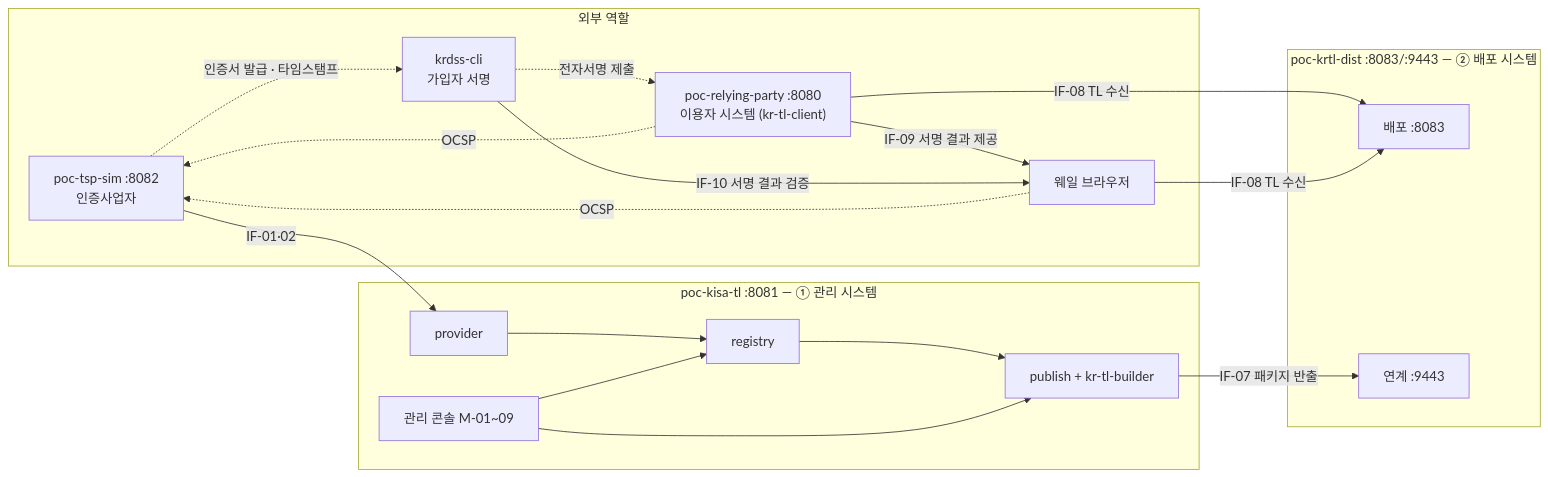
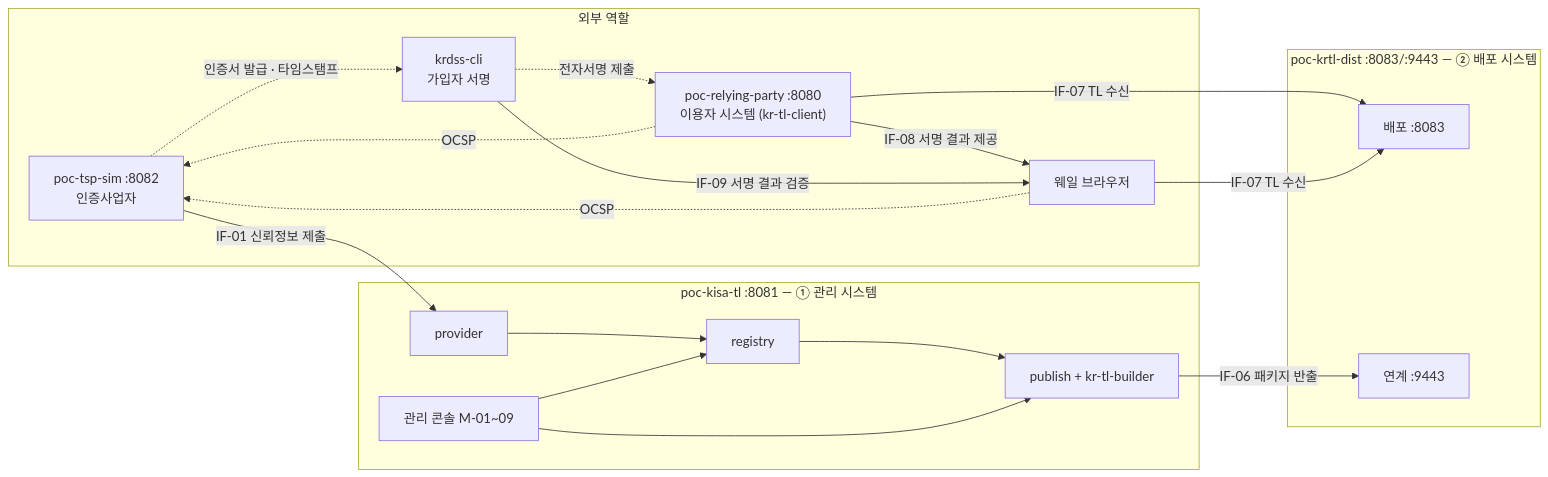
The diagram in docs/design/KR-TL-관리시스템/04-PoC-구성.md (yongsungkim-electcerti/kr-dss), drawn with Mermaid before and after one commit. The commit also changed 10 other files, not shown here.

````diff
--- a/docs/design/KR-TL-관리시스템/04-PoC-구성.md
+++ b/docs/design/KR-TL-관리시스템/04-PoC-구성.md
@@ -27,30 +27,30 @@
 ```mermaid
 flowchart LR
     subgraph EXT["외부 역할"]
         TSP["poc-tsp-sim :8082<br/>인증사업자"]
         USR["krdss-cli<br/>가입자 서명"]
         WH["웨일 브라우저"]
         RP["poc-relying-party :8080<br/>이용자 시스템 (kr-tl-client)"]
     end
     subgraph M["poc-kisa-tl :8081 — ① 관리 시스템"]
         CON["관리 콘솔 M-01~09"]
         PRV["provider"]
         REG["registry"]
         PUB["publish + kr-tl-builder"]
     end
     subgraph D["poc-krtl-dist :8083/:9443 — ② 배포 시스템"]
         DL["배포 :8083"]
         RCV["연계 :9443"]
     end
-    TSP -- "IF-01·02" --> PRV --> REG --> PUB
+    TSP -- "IF-01 신뢰정보 제출" --> PRV --> REG --> PUB
     CON --> REG & PUB
-    PUB -- "IF-07 패키지 반출" --> RCV
-    RP -- "IF-08 TL 수신" --> DL
-    WH -- "IF-08 TL 수신" --> DL
+    PUB -- "IF-06 패키지 반출" --> RCV
+    RP -- "IF-07 TL 수신" --> DL
+    WH -- "IF-07 TL 수신" --> DL
     TSP -. "인증서 발급 · 타임스탬프" .-> USR
     USR -. "전자서명 제출" .-> RP
-    RP -- "IF-09 서명 결과 제공" --> WH
-    USR -- "IF-10 서명 결과 검증" --> WH
+    RP -- "IF-08 서명 결과 제공" --> WH
+    USR -- "IF-09 서명 결과 검증" --> WH
     RP -. "OCSP" .-> TSP
     WH -. "OCSP" .-> TSP
 ```
````
